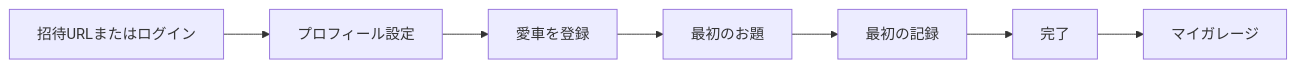
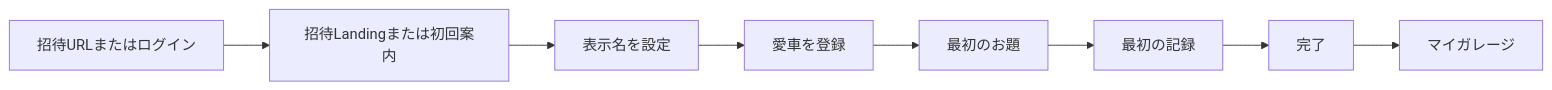
One commit to noah1976/mechori changed the first of 6 diagrams in docs/ux/USER_FLOWS.md. Above: the diagram before and after it, drawn with Mermaid. The commit also changed other lines of this file and 18 other files, not shown here.

````diff
--- a/docs/ux/USER_FLOWS.md
+++ b/docs/ux/USER_FLOWS.md
@@ -13,9 +13,10 @@
 ```mermaid
 flowchart LR
-  A[招待URLまたはログイン] --> B[プロフィール設定]
-  B --> C[愛車を登録]
-  C --> D[最初のお題]
-  D --> E[最初の記録]
-  E --> F[完了]
-  F --> G[マイガレージ]
+  A[招待URLまたはログイン] --> B[招待Landingまたは初回案内]
+  B --> C[表示名を設定]
+  C --> D[愛車を登録]
+  D --> E[最初のお題]
+  E --> F[最初の記録]
+  F --> G[完了]
+  G --> H[マイガレージ]
 ```
````
